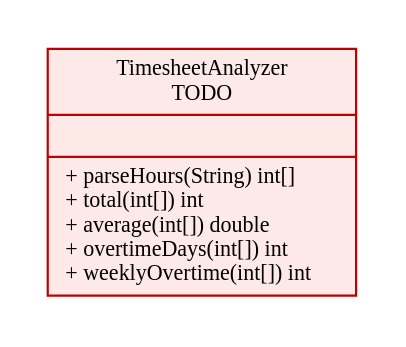
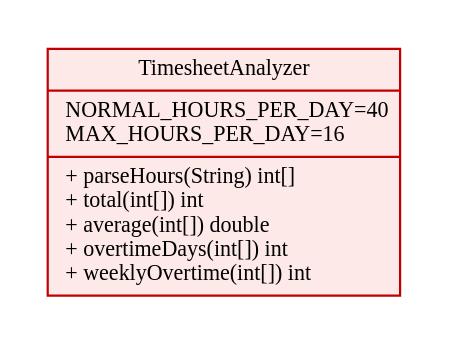
One commit to Kukoru/pr5-timesheet-analyzer changed the diagram in class_partial.dot. Above: the diagram before and after it, drawn with Graphviz. The commit also changed 2 other files, not shown here.

Commit message:
Added updated diagrams and REPORT.md

```diff
--- a/class_partial.dot
+++ b/class_partial.dot
@@ -1,6 +1,6 @@
 digraph C {
 graph [rankdir=TB, bgcolor="white", pad=0.2, nodesep=0.35, ranksep=0.4];
 node [shape=record, style="filled", fontname="Times New Roman", fontsize=10, color="#2F5597", fillcolor="#F7FBFF"];
 edge [fontname="Times New Roman", fontsize=9, color="#555555"];
-a [label="{TimesheetAnalyzer\nTODO||+ parseHours(String) int[]\l+ total(int[]) int\l+ average(int[]) double\l+ overtimeDays(int[]) int\l+ weeklyOvertime(int[]) int\l}", fillcolor="#FDE9E7", color="#C00000"];
+a [label="{TimesheetAnalyzer|{NORMAL_HOURS_PER_DAY=40\lMAX_HOURS_PER_DAY=16\l}|+ parseHours(String) int[]\l+ total(int[]) int\l+ average(int[]) double\l+ overtimeDays(int[]) int\l+ weeklyOvertime(int[]) int\l}", fillcolor="#FDE9E7", color="#C00000"];
 }
```
